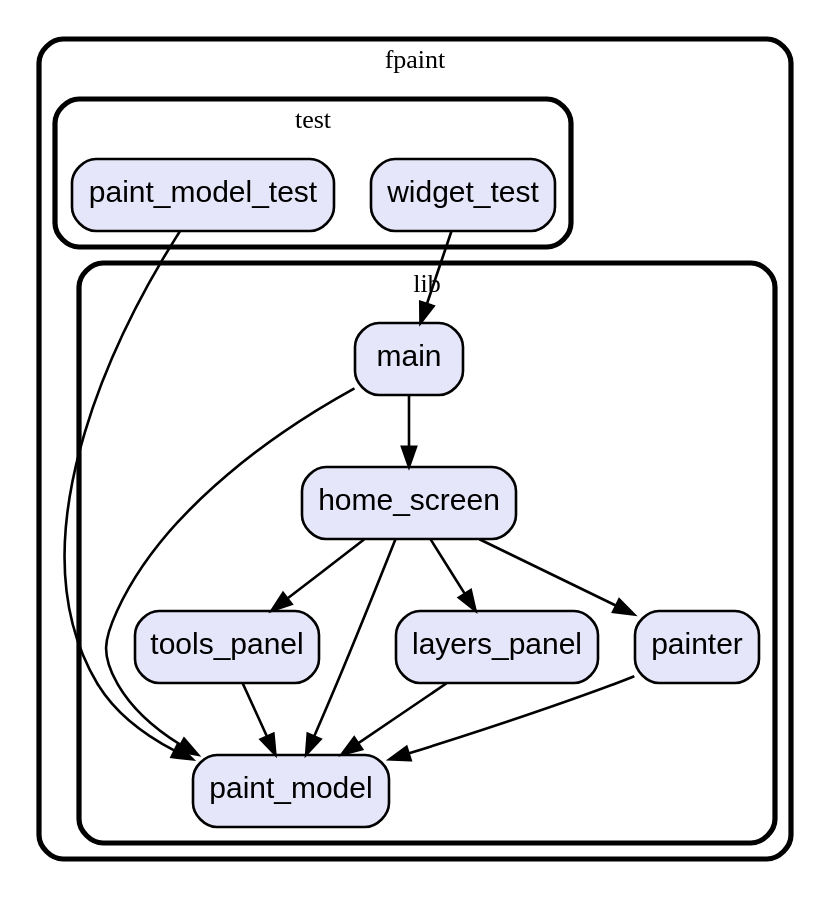
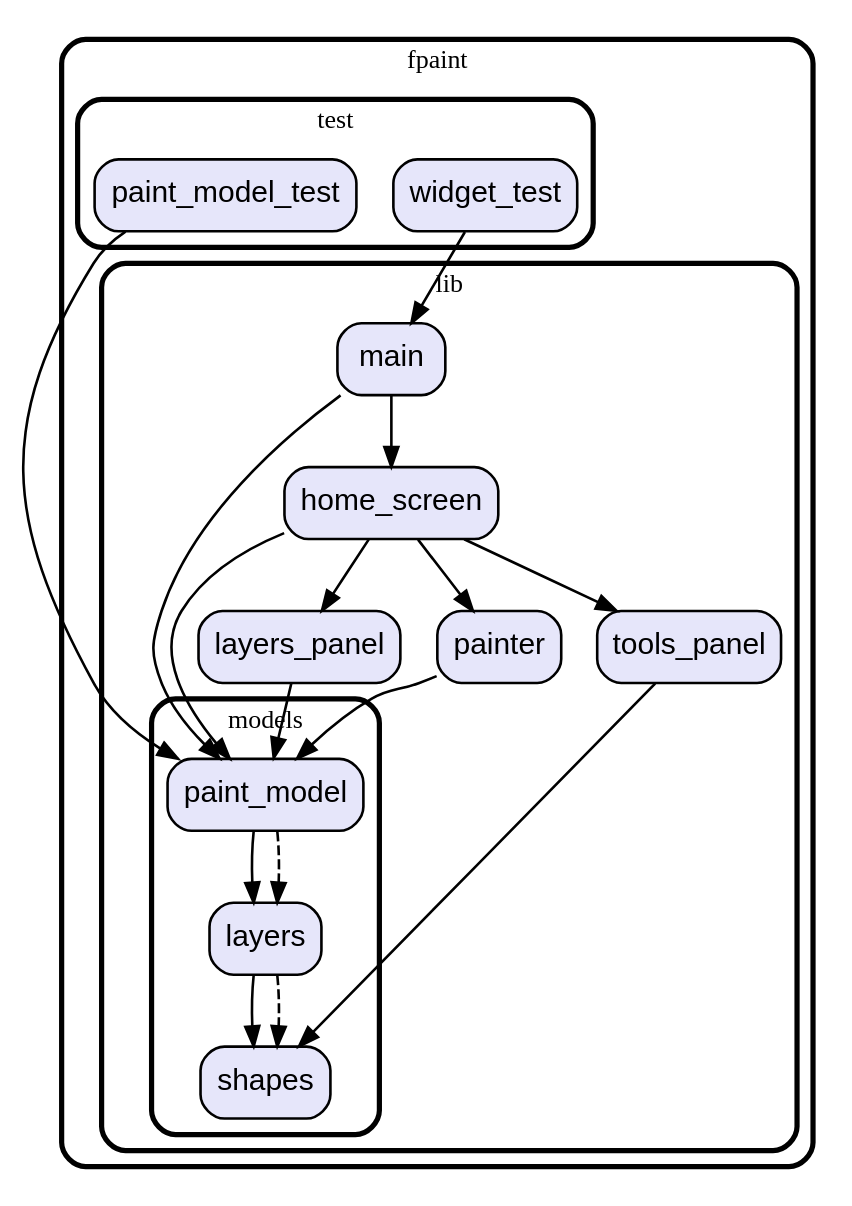
One commit to vteam-com/fPaint changed the diagram in graph.dot. Above: the diagram before and after it, drawn with Graphviz. The commit also changed 10 other files, not shown here.

```diff
--- a/graph.dot
+++ b/graph.dot
@@ -1,41 +1,52 @@
 digraph "" {
   graph [style=rounded fontname="Arial Black" fontsize=13 penwidth=2.6];
   node [shape=rect style="filled,rounded" fontname=Arial fontsize=15 fillcolor=Lavender penwidth=1.3];
   edge [penwidth=1.3];
   "/test/paint_model_test.dart" [label="paint_model_test"];
   "/test/widget_test.dart" [label="widget_test"];
   "/lib/tools_panel.dart" [label="tools_panel"];
+  "/lib/models/layers.dart" [label="layers"];
+  "/lib/models/shapes.dart" [label="shapes"];
+  "/lib/models/paint_model.dart" [label="paint_model"];
   "/lib/main.dart" [label="main"];
-  "/lib/paint_model.dart" [label="paint_model"];
   "/lib/layers_panel.dart" [label="layers_panel"];
   "/lib/painter.dart" [label="painter"];
   "/lib/home_screen.dart" [label="home_screen"];
   subgraph "cluster~" {
     label="fpaint";
     subgraph "cluster~/test" {
       label="test";
       "/test/paint_model_test.dart";
       "/test/widget_test.dart";
     }
     subgraph "cluster~/lib" {
       label="lib";
       "/lib/tools_panel.dart";
       "/lib/main.dart";
-      "/lib/paint_model.dart";
       "/lib/layers_panel.dart";
       "/lib/painter.dart";
       "/lib/home_screen.dart";
+      subgraph "cluster~/lib/models" {
+        label="models";
+        "/lib/models/layers.dart";
+        "/lib/models/shapes.dart";
+        "/lib/models/paint_model.dart";
+      }
     }
   }
-  "/test/paint_model_test.dart" -> "/lib/paint_model.dart";
+  "/test/paint_model_test.dart" -> "/lib/models/paint_model.dart";
   "/test/widget_test.dart" -> "/lib/main.dart";
-  "/lib/tools_panel.dart" -> "/lib/paint_model.dart";
+  "/lib/tools_panel.dart" -> "/lib/models/shapes.dart";
+  "/lib/models/layers.dart" -> "/lib/models/shapes.dart";
+  "/lib/models/layers.dart" -> "/lib/models/shapes.dart" [style=dashed];
+  "/lib/models/paint_model.dart" -> "/lib/models/layers.dart";
+  "/lib/models/paint_model.dart" -> "/lib/models/layers.dart" [style=dashed];
   "/lib/main.dart" -> "/lib/home_screen.dart";
-  "/lib/main.dart" -> "/lib/paint_model.dart";
-  "/lib/layers_panel.dart" -> "/lib/paint_model.dart";
-  "/lib/painter.dart" -> "/lib/paint_model.dart";
+  "/lib/main.dart" -> "/lib/models/paint_model.dart";
+  "/lib/layers_panel.dart" -> "/lib/models/paint_model.dart";
+  "/lib/painter.dart" -> "/lib/models/paint_model.dart";
   "/lib/home_screen.dart" -> "/lib/layers_panel.dart";
   "/lib/home_screen.dart" -> "/lib/tools_panel.dart";
-  "/lib/home_screen.dart" -> "/lib/paint_model.dart";
+  "/lib/home_screen.dart" -> "/lib/models/paint_model.dart";
   "/lib/home_screen.dart" -> "/lib/painter.dart";
 }
```
